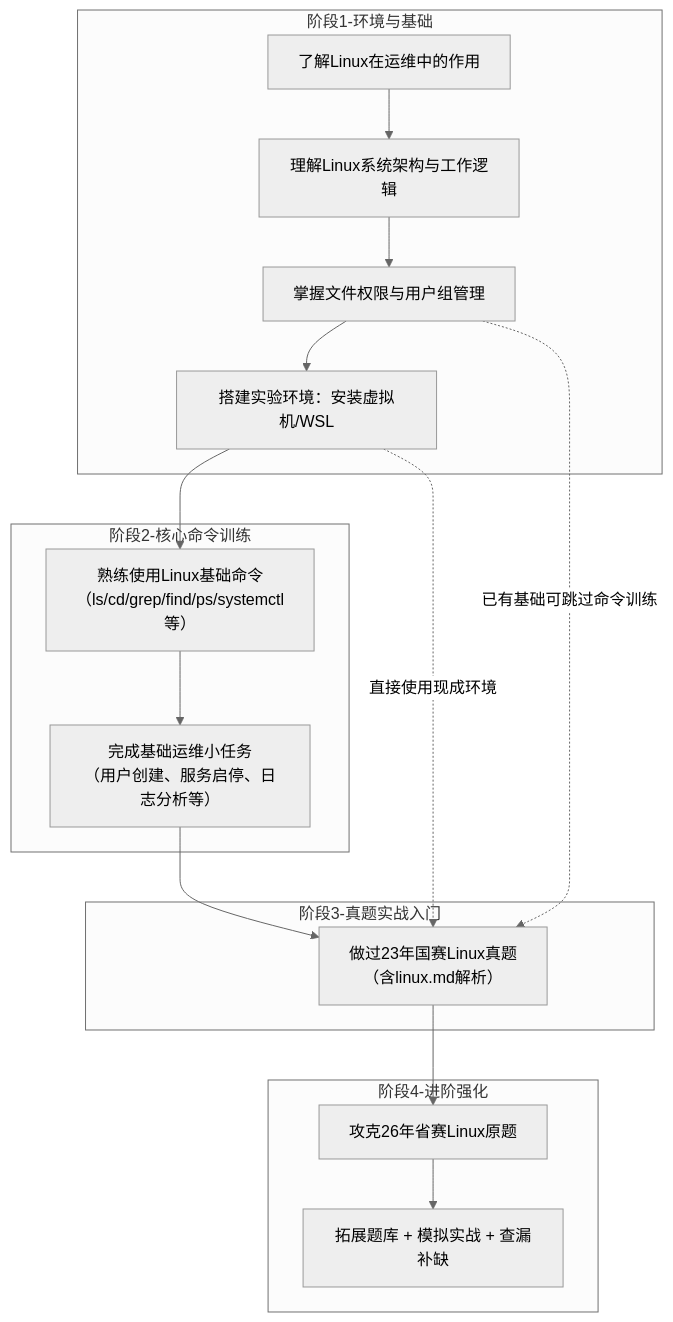
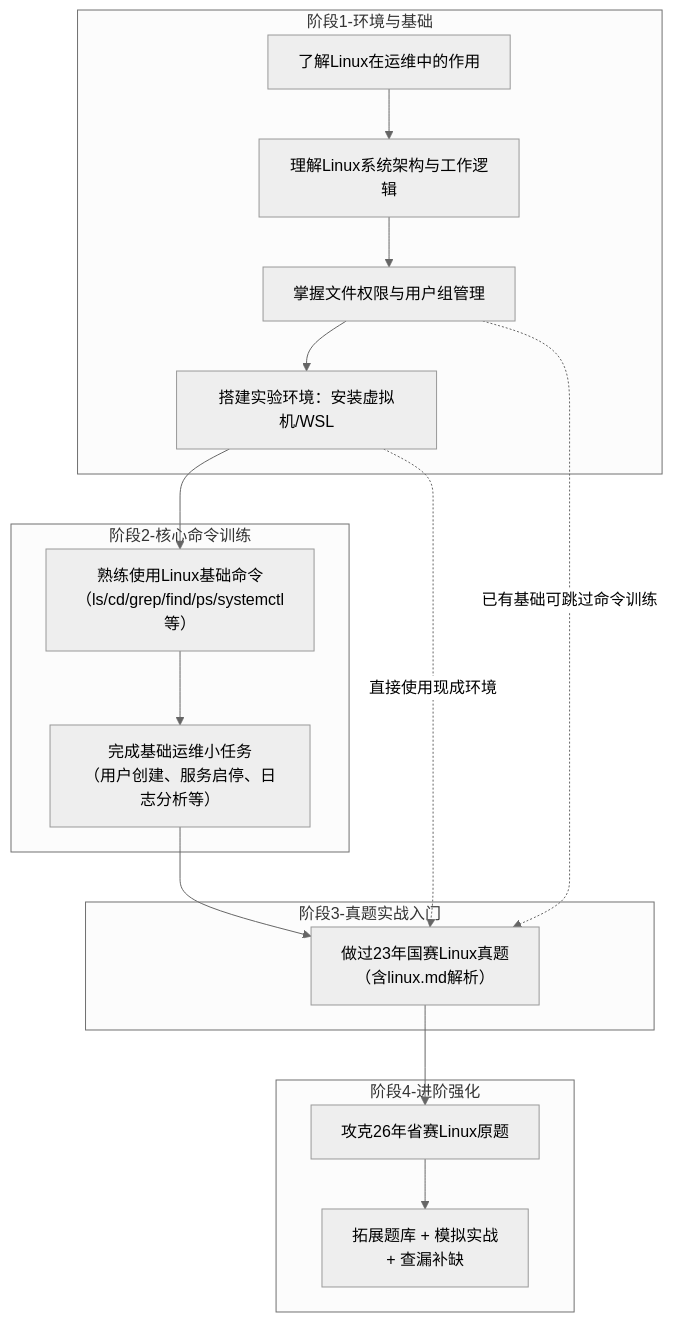
The diagram in linux_note/README_linux.md (ICrazybabyI/note), drawn with Mermaid (neutral theme) before and after one commit.

Commit message:
vault backup: 2026-05-07 08:58:07

````diff
--- a/linux_note/README_linux.md
+++ b/linux_note/README_linux.md
@@ -2,24 +2,25 @@
 ```mermaid
 graph TB
     subgraph 阶段1-环境与基础
         A["了解Linux在运维中的作用"] --> B["理解Linux系统架构与工作逻辑"]
         B --> C["掌握文件权限与用户组管理"]
         C --> Env["搭建实验环境：安装虚拟机/WSL"]
     end
 
     subgraph 阶段2-核心命令训练
         Env --> E["熟练使用Linux基础命令<br/>（ls/cd/grep/find/ps/systemctl等）"]
         E --> P["完成基础运维小任务<br/>（用户创建、服务启停、日志分析等）"]
     end
 
     subgraph 阶段3-真题实战入门
         P --> F["做过23年国赛Linux真题<br/>（含linux.md解析）"]
         C -.->|已有基础可跳过命令训练| F
         Env -.->|直接使用现成环境| F
     end
 
     subgraph 阶段4-进阶强化
         F --> G["攻克26年省赛Linux原题"]
-        G --> H["拓展题库 + 模拟实战 + 查漏补缺"]
+        G --> H["拓展题库 + 模拟实战 
+        + 查漏补缺"]
     end
 ```
````
